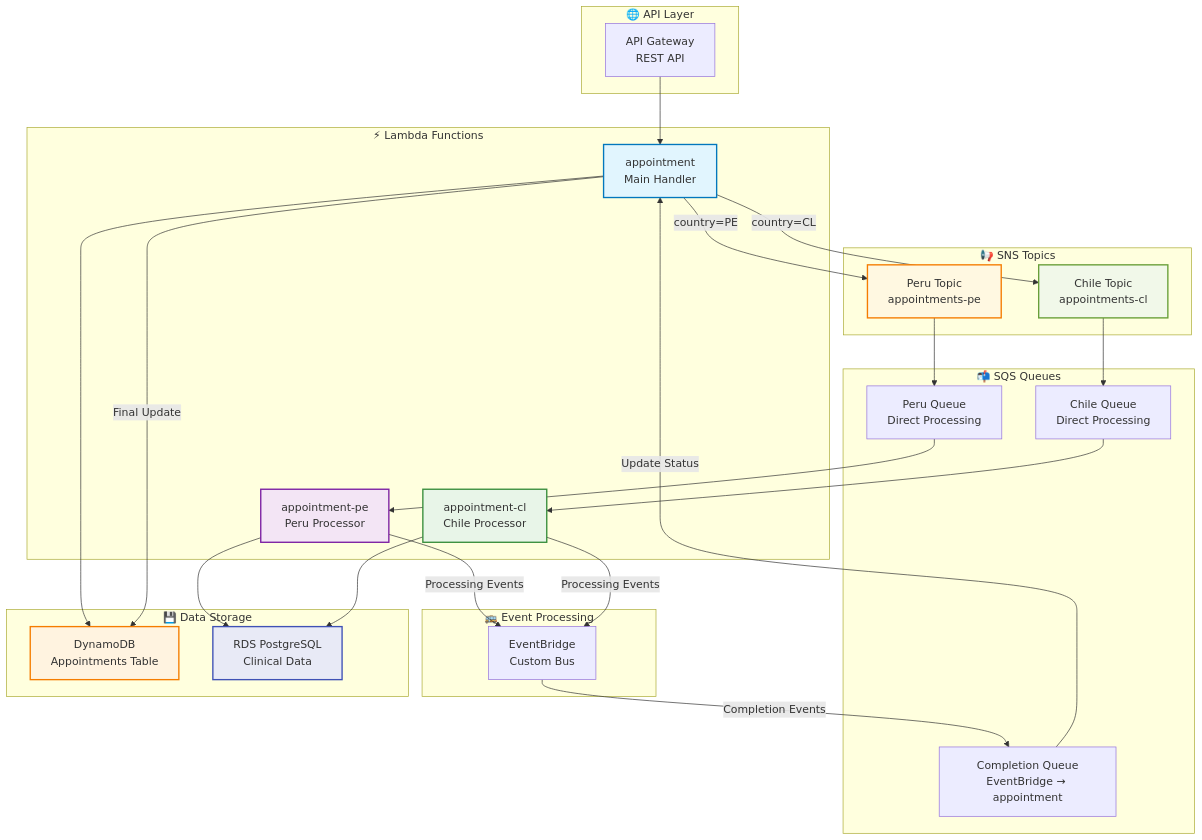
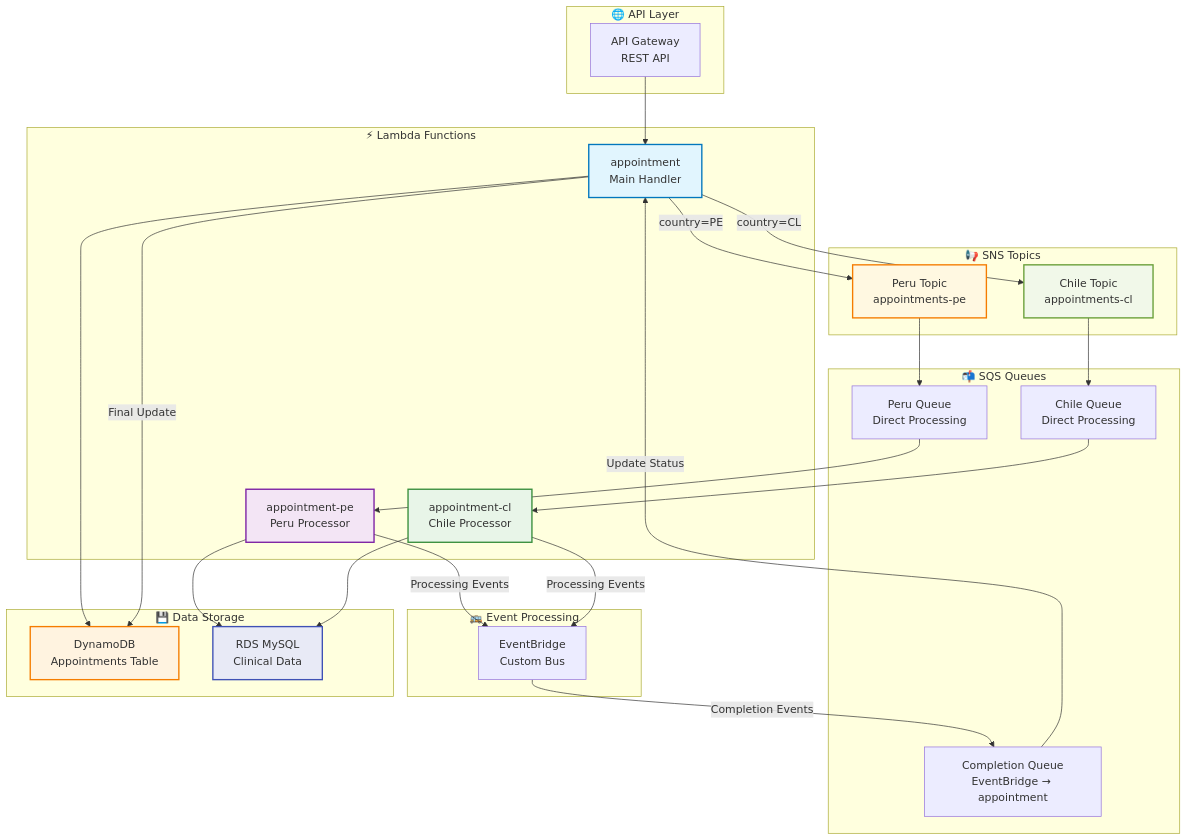
The diagram in docs/INFRASTRUCTURE.md (kedeinroga/medical-appointment-scheduling), drawn with Mermaid before and after one commit.

````diff
--- a/docs/INFRASTRUCTURE.md
+++ b/docs/INFRASTRUCTURE.md
@@ -53,64 +53,64 @@
 ```mermaid
 graph TB
     subgraph "🌐 API Layer"
         API[API Gateway<br/>REST API]
     end
     
     subgraph "⚡ Lambda Functions"
         MAIN[appointment<br/>Main Handler]
         PE[appointment-pe<br/>Peru Processor]
         CL[appointment-cl<br/>Chile Processor]
     end
     
     subgraph "📢 SNS Topics"
         TOPIC_PE[Peru Topic<br/>appointments-pe]
         TOPIC_CL[Chile Topic<br/>appointments-cl]
     end
     
     subgraph "📬 SQS Queues"
         QUEUE_PE[Peru Queue<br/>Direct Processing]
         QUEUE_CL[Chile Queue<br/>Direct Processing]
         QUEUE_COMP[Completion Queue<br/>EventBridge → appointment]
     end
     
     subgraph "🚌 Event Processing"
         EB[EventBridge<br/>Custom Bus]
     end
     
     subgraph "💾 Data Storage"
         DDB[DynamoDB<br/>Appointments Table]
-        RDS[RDS PostgreSQL<br/>Clinical Data]
+        RDS[RDS MySQL<br/>Clinical Data]
     end
     
     %% Request Flow
     API --> MAIN
     MAIN --> DDB
     MAIN --> |country=PE| TOPIC_PE
     MAIN --> |country=CL| TOPIC_CL
     
     %% Direct Topic-to-Queue (No Filtering)
     TOPIC_PE --> QUEUE_PE
     TOPIC_CL --> QUEUE_CL
     
     %% Country Processing
     QUEUE_PE --> PE
     QUEUE_CL --> CL
     PE --> RDS
     CL --> RDS
     
     %% Event Publishing & Completion
     PE --> |Processing Events| EB
     CL --> |Processing Events| EB
     EB --> |Completion Events| QUEUE_COMP
     QUEUE_COMP --> |Update Status| MAIN
     MAIN --> |Final Update| DDB
     
     %% Styling
     style MAIN fill:#e1f5fe,stroke:#0277bd,stroke-width:2px
     style PE fill:#f3e5f5,stroke:#7b1fa2,stroke-width:2px
     style CL fill:#e8f5e8,stroke:#388e3c,stroke-width:2px
     style TOPIC_PE fill:#fff8e1,stroke:#f57c00,stroke-width:2px
     style TOPIC_CL fill:#f1f8e9,stroke:#689f38,stroke-width:2px
     style DDB fill:#fff3e0,stroke:#f57c00,stroke-width:2px
     style RDS fill:#e8eaf6,stroke:#3f51b5,stroke-width:2px
 ```
````
